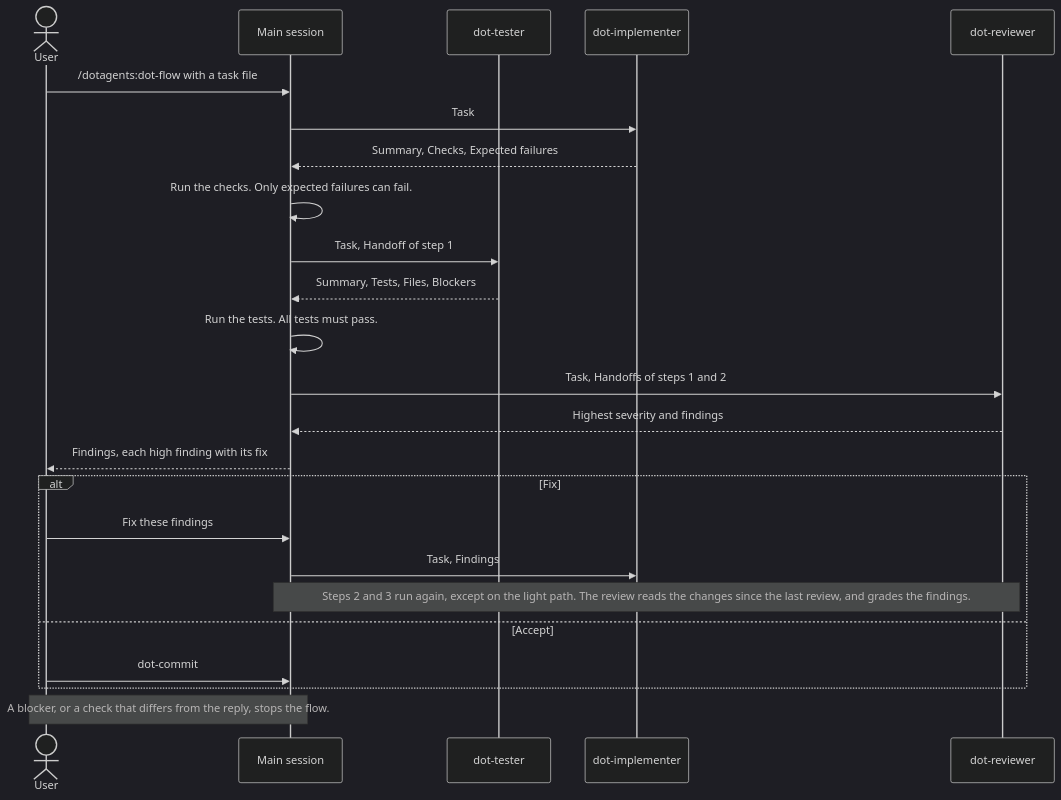
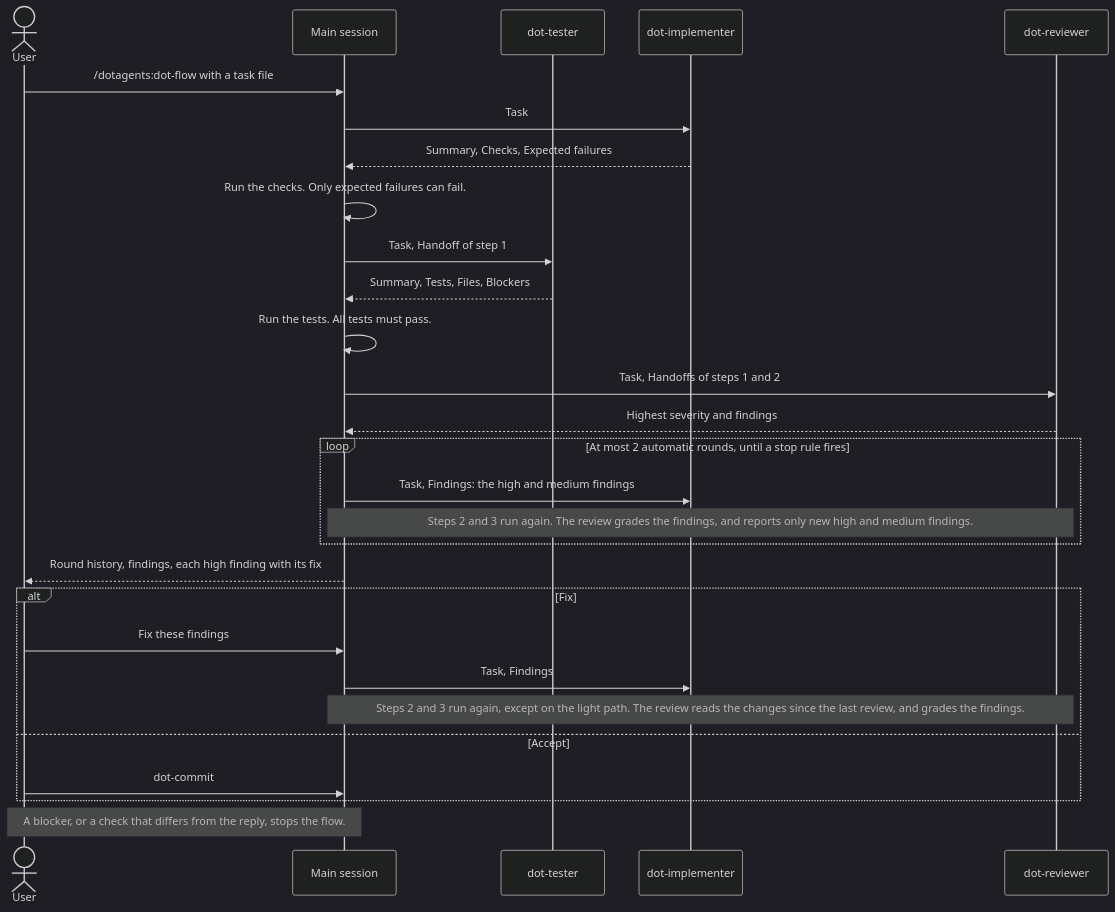
One commit to igorlau/dotagents changed the diagram in docs/guide/04-build.md. Above: the diagram before and after it, drawn with Mermaid (dark theme). The commit also changed other lines of this file and 7 other files, not shown here.

First line of the commit message:
feat(skills): fix high and medium findings without a stop

````diff
--- a/docs/guide/04-build.md
+++ b/docs/guide/04-build.md
@@ -24,26 +24,30 @@
 ```mermaid
 sequenceDiagram
     actor User
     participant Main as Main session
     participant Tester as dot-tester
     participant Implementer as dot-implementer
     participant Reviewer as dot-reviewer
     User->>Main: /dotagents:dot-flow with a task file
     Main->>Implementer: Task
     Implementer-->>Main: Summary, Checks, Expected failures
     Main->>Main: Run the checks. Only expected failures can fail.
     Main->>Tester: Task, Handoff of step 1
     Tester-->>Main: Summary, Tests, Files, Blockers
     Main->>Main: Run the tests. All tests must pass.
     Main->>Reviewer: Task, Handoffs of steps 1 and 2
     Reviewer-->>Main: Highest severity and findings
-    Main-->>User: Findings, each high finding with its fix
+    loop At most 2 automatic rounds, until a stop rule fires
+        Main->>Implementer: Task, Findings: the high and medium findings
+        Note over Main,Reviewer: Steps 2 and 3 run again. The review grades the findings, and reports only new high and medium findings.
+    end
+    Main-->>User: Round history, findings, each high finding with its fix
     alt Fix
         User->>Main: Fix these findings
         Main->>Implementer: Task, Findings
         Note over Main,Reviewer: Steps 2 and 3 run again, except on the light path. The review reads the changes since the last review, and grades the findings.
     else Accept
         User->>Main: dot-commit
     end
     Note over User,Main: A blocker, or a check that differs from the reply, stops the flow.
 ```
````
